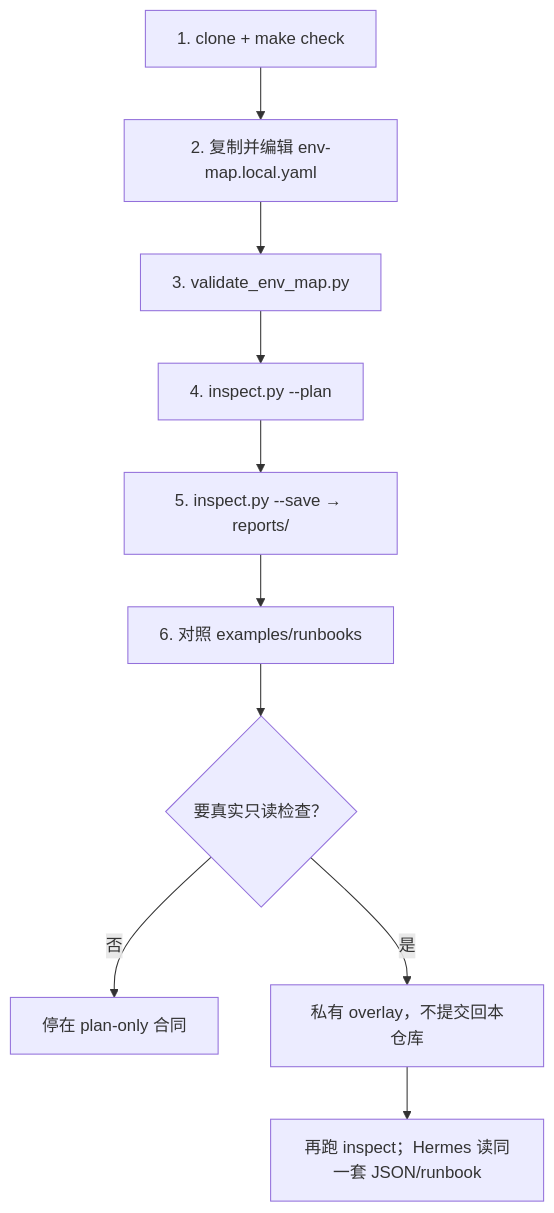
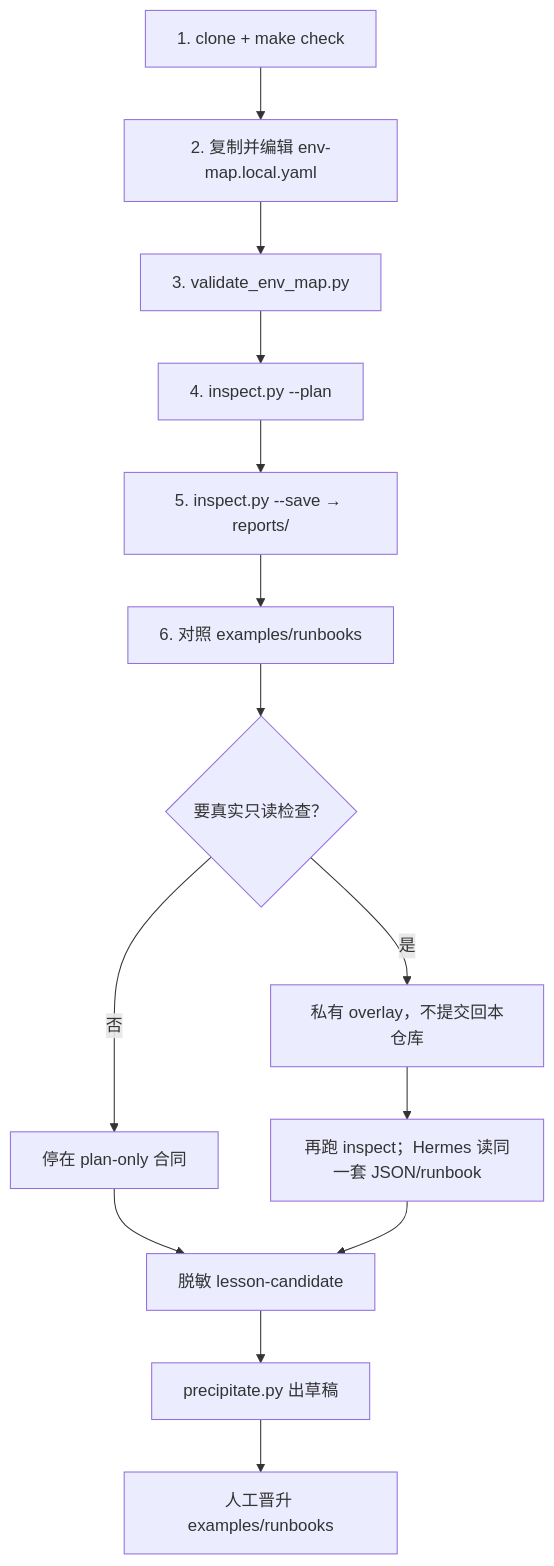
One commit to z35834491-cmyk/hermes-ops-kit changed the diagram in docs/clone-and-run.md. Above: the diagram before and after it, drawn with Mermaid. The commit also changed other lines of this file and 35 other files, not shown here.

````diff
--- a/docs/clone-and-run.md
+++ b/docs/clone-and-run.md
@@ -9,12 +9,16 @@
 ```mermaid
 flowchart TD
   A["1. clone + make check"] --> B["2. 复制并编辑 env-map.local.yaml"]
   B --> C["3. validate_env_map.py"]
   C --> D["4. inspect.py --plan"]
   D --> E["5. inspect.py --save → reports/"]
   E --> F["6. 对照 examples/runbooks"]
   F --> G{"要真实只读检查？"}
   G -->|否| H["停在 plan-only 合同"]
   G -->|是| I["私有 overlay，不提交回本仓库"]
   I --> J["再跑 inspect；Hermes 读同一套 JSON/runbook"]
+  H --> K["脱敏 lesson-candidate"]
+  J --> K
+  K --> L["precipitate.py 出草稿"]
+  L --> M["人工晋升 examples/runbooks"]
 ```
````
